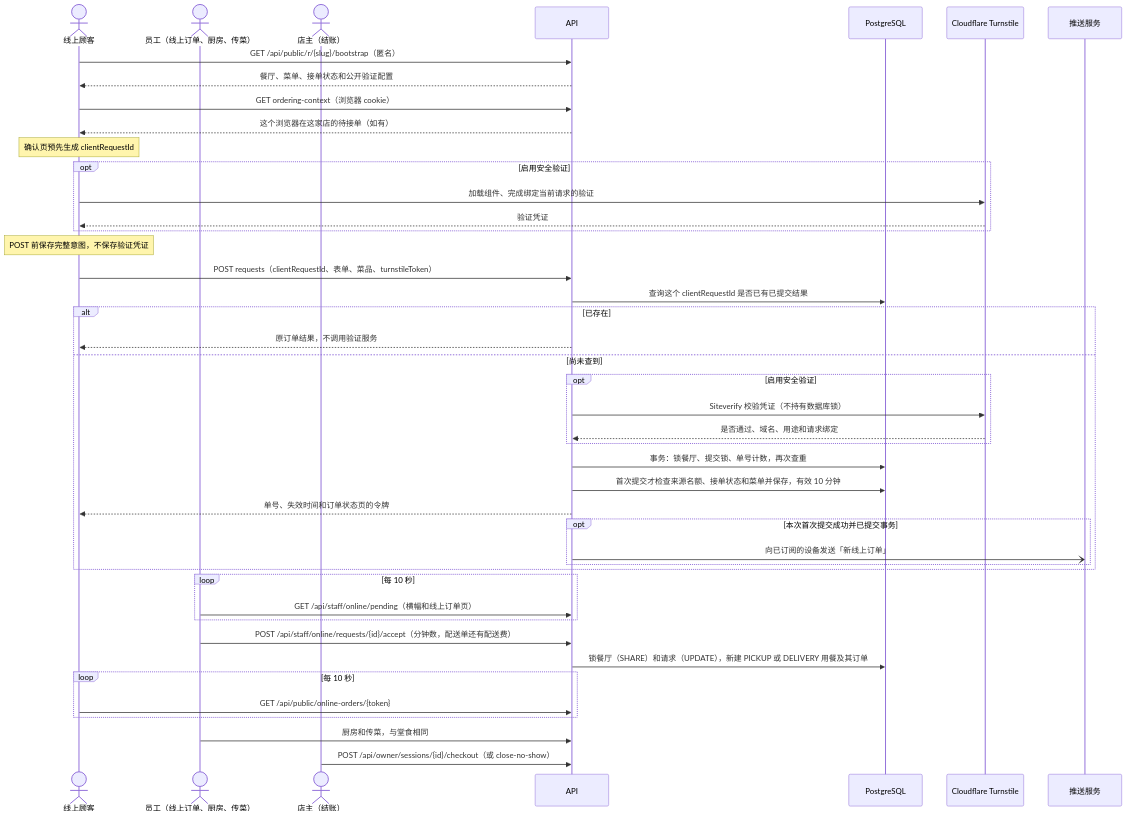
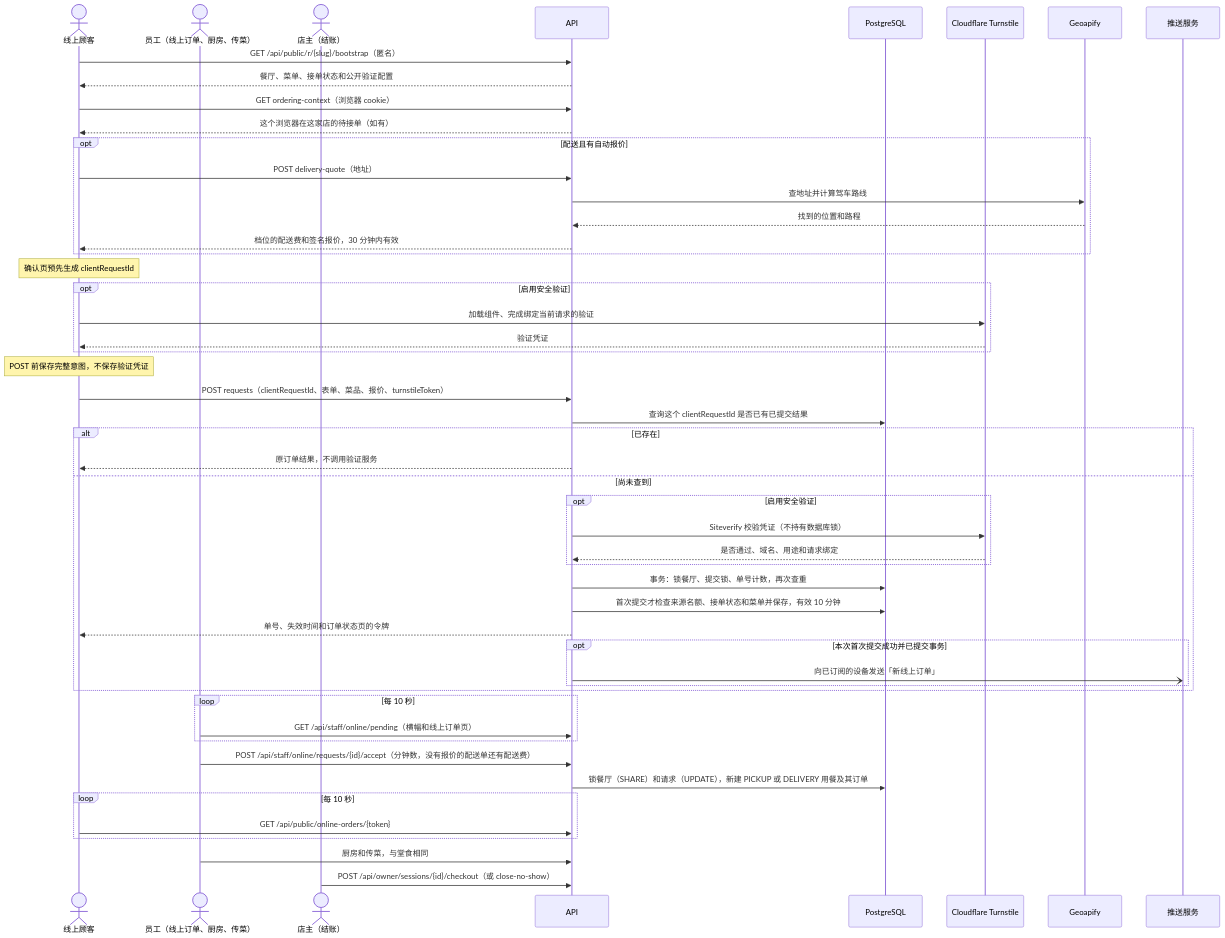
The fourth of 5 diagrams in docs/zh-CN/development-notes.md (lorenzoyang/TavoloFlow), drawn with Mermaid before and after one commit. The commit also changed other lines of this file and 14 other files, not shown here.

````diff
--- a/docs/zh-CN/development-notes.md
+++ b/docs/zh-CN/development-notes.md
@@ -395,47 +396,54 @@
 ```mermaid
 sequenceDiagram
   actor C as 线上顾客
   actor S as 员工（线上订单、厨房、传菜）
   actor T as 店主（结账）
   participant A as API
   participant D as PostgreSQL
   participant V as Cloudflare Turnstile
+  participant G as Geoapify
   participant P as 推送服务
 
   C->>A: GET /api/public/r/{slug}/bootstrap（匿名）
   A-->>C: 餐厅、菜单、接单状态和公开验证配置
   C->>A: GET ordering-context（浏览器 cookie）
   A-->>C: 这个浏览器在这家店的待接单（如有）
+  opt 配送且有自动报价
+    C->>A: POST delivery-quote（地址）
+    A->>G: 查地址并计算驾车路线
+    G-->>A: 找到的位置和路程
+    A-->>C: 档位的配送费和签名报价，30 分钟内有效
+  end
   Note over C: 确认页预先生成 clientRequestId
   opt 启用安全验证
     C->>V: 加载组件、完成绑定当前请求的验证
     V-->>C: 验证凭证
   end
   Note over C: POST 前保存完整意图，不保存验证凭证
-  C->>A: POST requests（clientRequestId、表单、菜品、turnstileToken）
+  C->>A: POST requests（clientRequestId、表单、菜品、报价、turnstileToken）
   A->>D: 查询这个 clientRequestId 是否已有已提交结果
   alt 已存在
     A-->>C: 原订单结果，不调用验证服务
   else 尚未查到
     opt 启用安全验证
       A->>V: Siteverify 校验凭证（不持有数据库锁）
       V-->>A: 是否通过、域名、用途和请求绑定
     end
     A->>D: 事务：锁餐厅、提交锁、单号计数，再次查重
     A->>D: 首次提交才检查来源名额、接单状态和菜单并保存，有效 10 分钟
     A-->>C: 单号、失效时间和订单状态页的令牌
     opt 本次首次提交成功并已提交事务
       A-)P: 向已订阅的设备发送「新线上订单」
     end
   end
   loop 每 10 秒
     S->>A: GET /api/staff/online/pending（横幅和线上订单页）
   end
-  S->>A: POST /api/staff/online/requests/{id}/accept（分钟数，配送单还有配送费）
+  S->>A: POST /api/staff/online/requests/{id}/accept（分钟数，没有报价的配送单还有配送费）
   A->>D: 锁餐厅（SHARE）和请求（UPDATE），新建 PICKUP 或 DELIVERY 用餐及其订单
   loop 每 10 秒
     C->>A: GET /api/public/online-orders/{token}
   end
   S->>A: 厨房和传菜，与堂食相同
   T->>A: POST /api/owner/sessions/{id}/checkout（或 close-no-show）
 ```
````
